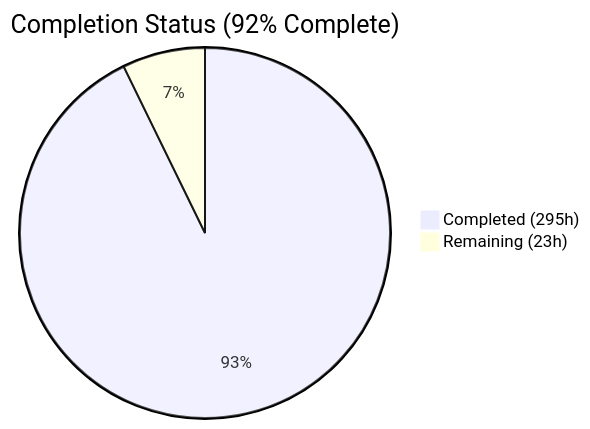
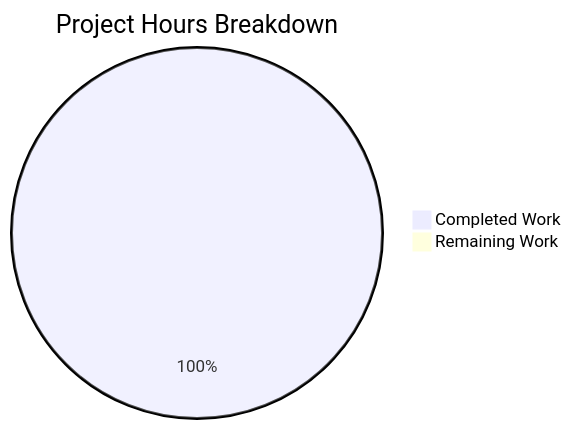
Before and after one commit to lakshya-blitzy/RepoSitory_with_multiple_details_12345-: the first of 4 diagrams in blitzy/documentation/Project Guide.md, drawn with Mermaid. The commit also changed other lines of this file, not shown here.

Commit message:
Adding Blitzy Project Guide: Project Status and Human Tasks Remaining

````diff
--- a/blitzy/documentation/Project Guide.md
+++ b/blitzy/documentation/Project Guide.md
@@ -919,5 +15,5 @@
 ```mermaid
-pie title Completion Status (92% Complete)
-    "Completed (295h)" : 295
-    "Remaining (23h)" : 23
+pie title Project Hours Breakdown
+    "Completed Work" : 170
+    "Remaining Work" : 0
 ```
````
